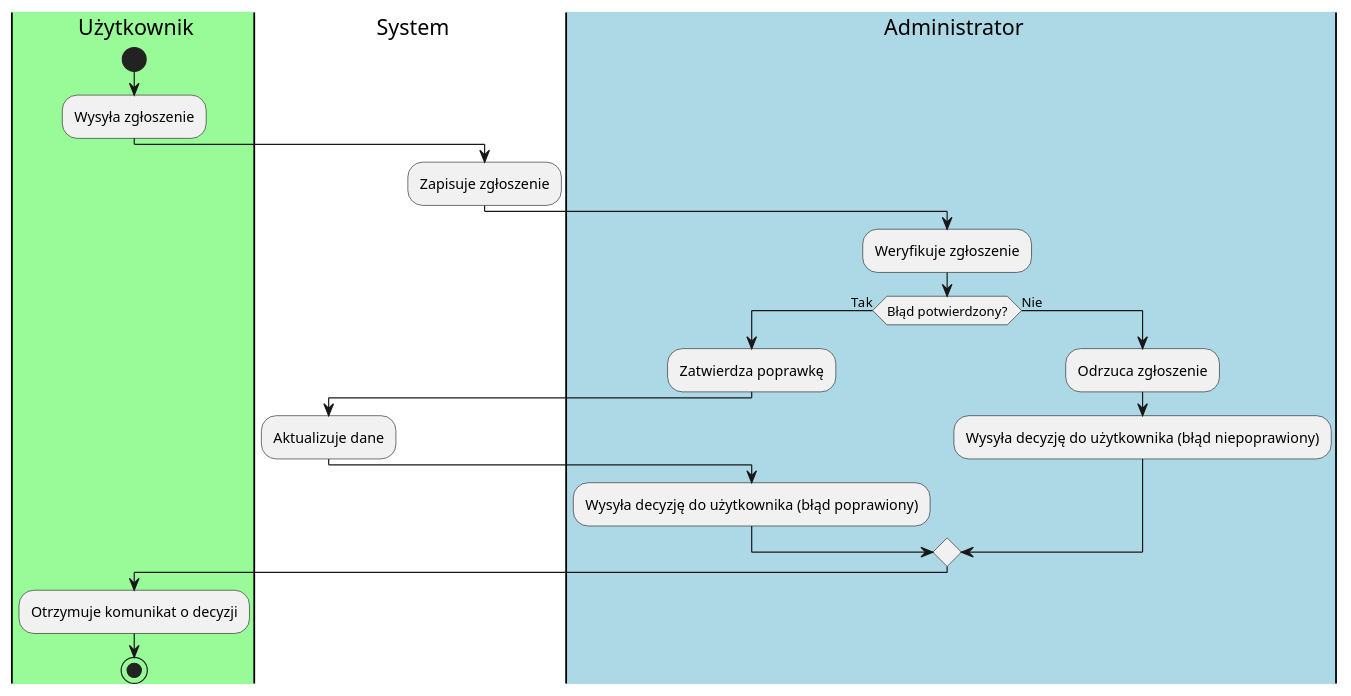
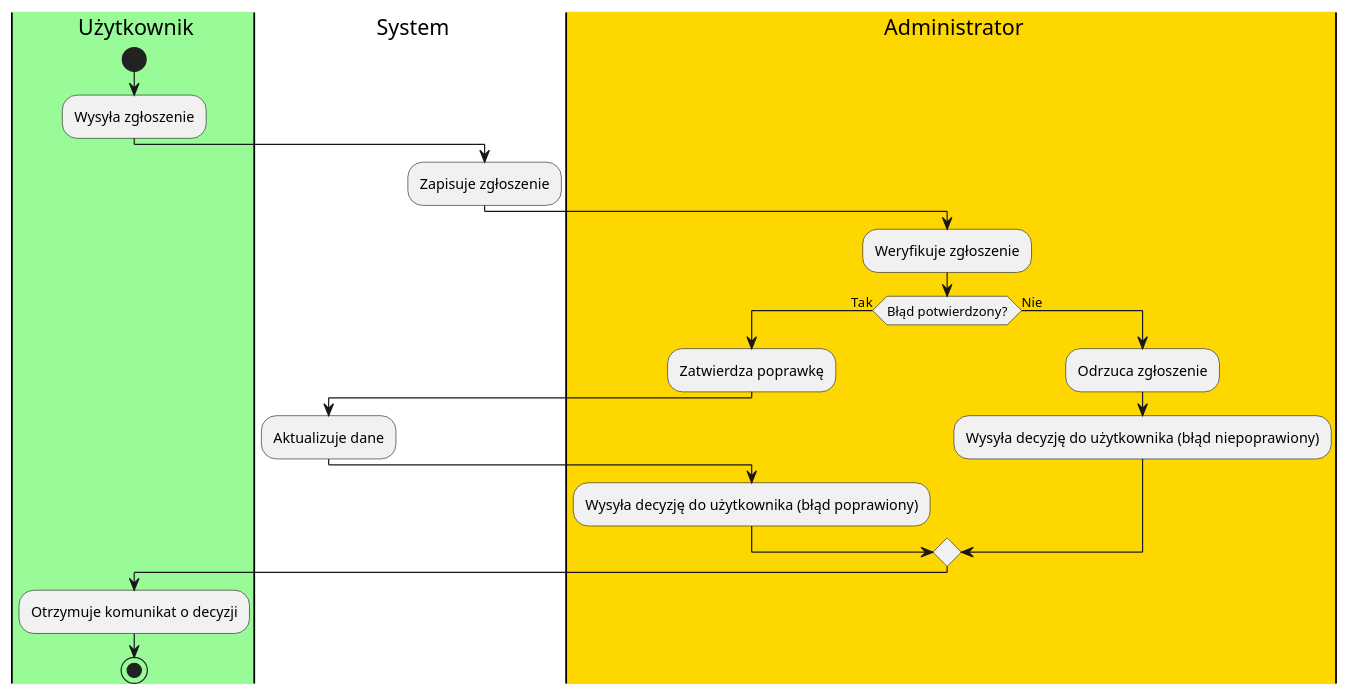
Before and after one commit to aleksanderpiluk/IWO: the diagram in dokumentacja/specyfikacja.wymagan/2.opis.biznesu/procesy.biznesowe/procesy/PB0002.puml, drawn with PlantUML.

Commit message:
zmiana koloru PB0002.puml

```diff
--- a/dokumentacja/specyfikacja.wymagan/2.opis.biznesu/procesy.biznesowe/procesy/PB0002.puml
+++ b/dokumentacja/specyfikacja.wymagan/2.opis.biznesu/procesy.biznesowe/procesy/PB0002.puml
@@ -1,26 +1,26 @@
 @startuml
 |#palegreen|u| Użytkownik
 start
 :Wysyła zgłoszenie;
 
 |s| System
 :Zapisuje zgłoszenie;
 
-|#lightblue|a| Administrator
+|#gold|a| Administrator
 :Weryfikuje zgłoszenie;
 
 if (Błąd potwierdzony?) then (Tak)
   :Zatwierdza poprawkę;
   |s| System
   :Aktualizuje dane;
-  |#lightblue|a| Administrator
+  |#gold|a| Administrator
   :Wysyła decyzję do użytkownika (błąd poprawiony);
 else (Nie)
   :Odrzuca zgłoszenie;
   :Wysyła decyzję do użytkownika (błąd niepoprawiony);
 endif
 
 |#palegreen|u| Użytkownik
 :Otrzymuje komunikat o decyzji;
 stop
 @enduml
```
